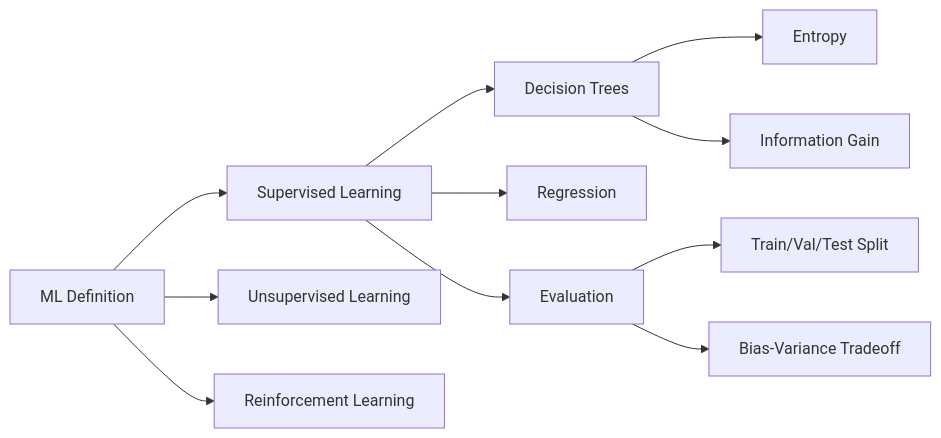
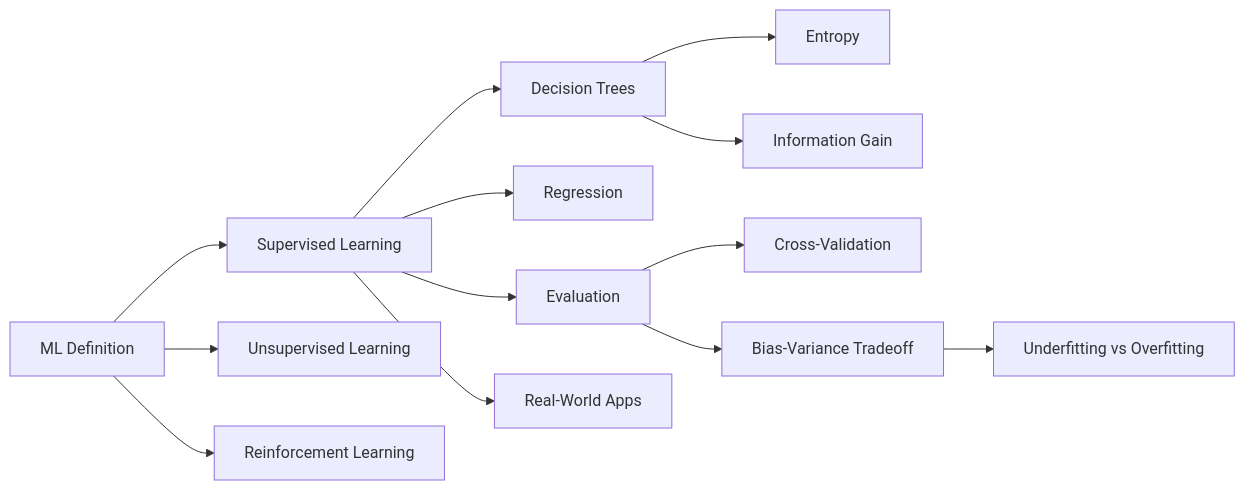
One commit to Raushan666java/ai-engineering-journey changed the diagram in docs/courses/artificial-intelligence/09-machine-learning.md. Above: the diagram before and after it, drawn with Mermaid. The commit also changed other lines of this file and 26 other files, not shown here.

````diff
--- a/docs/courses/artificial-intelligence/09-machine-learning.md
+++ b/docs/courses/artificial-intelligence/09-machine-learning.md
@@ -26,13 +39,15 @@
 ```mermaid
 flowchart LR
     A[ML Definition] --> B[Supervised Learning]
     A --> C[Unsupervised Learning]
     A --> D[Reinforcement Learning]
     B --> E[Decision Trees]
     E --> F[Entropy]
     E --> G[Information Gain]
     B --> H[Regression]
     B --> I[Evaluation]
-    I --> J[Train/Val/Test Split]
+    I --> J[Cross-Validation]
     I --> K[Bias-Variance Tradeoff]
+    K --> L[Underfitting vs Overfitting]
+    B --> M[Real-World Apps]
 ```
````
